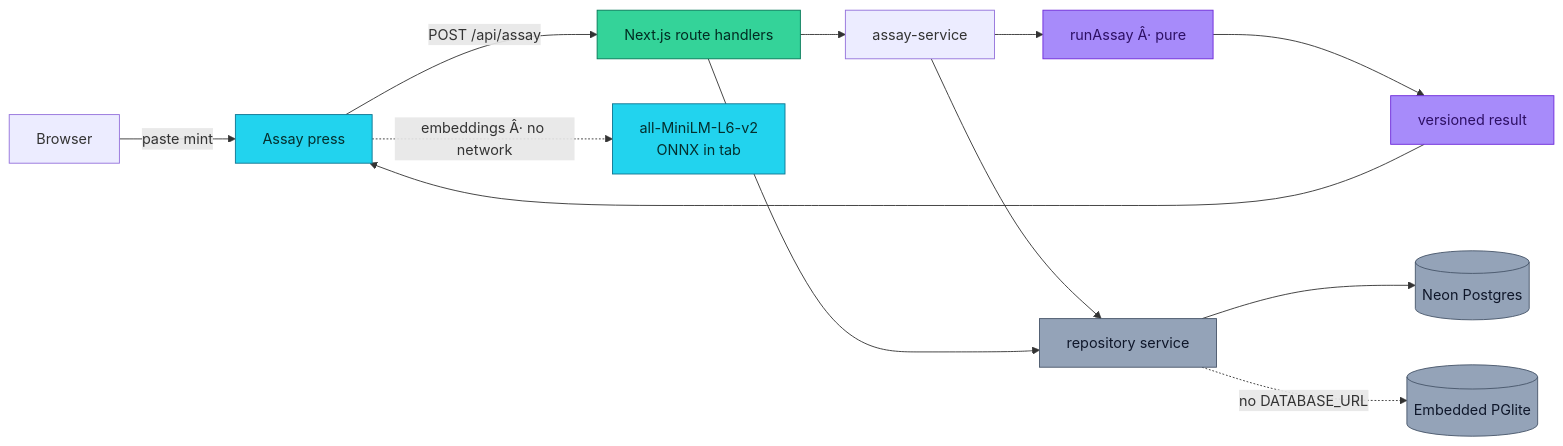
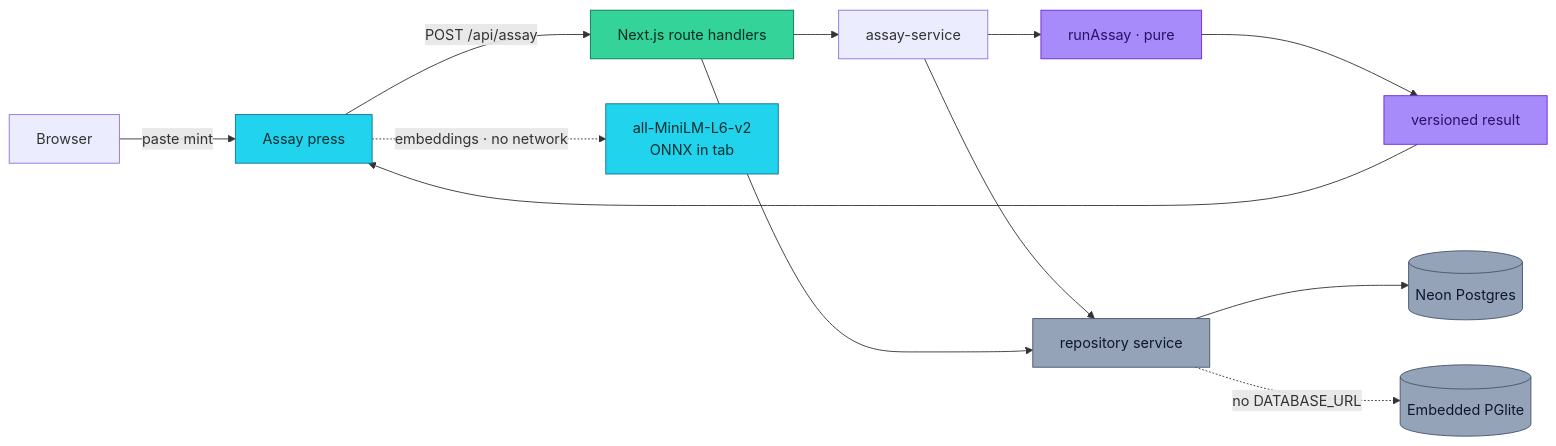
One commit to aniruddhaadak80/mintline changed the first of 8 diagrams in README.md. Above: the diagram before and after it, drawn with Mermaid. The commit also changed other lines of this file and 14 other files, not shown here.

````diff
--- a/README.md
+++ b/README.md
@@ -243,23 +247,23 @@
 ```mermaid
 graph LR
   Browser["Browser"] -->|paste mint| Press["Assay press"]
   Press -->|POST /api/assay| Route["Next.js route handlers"]
   Route --> Service["assay-service"]
-  Service --> Engine["runAssay Â· pure"]
+  Service --> Engine["runAssay · pure"]
   Service --> Repo["repository service"]
   Route --> Repo
   Repo --> Neon[("Neon Postgres")]
   Repo -.->|"no DATABASE_URL"| PGlite[("Embedded PGlite")]
-  Press -.->|"embeddings Â· no network"| Model["all-MiniLM-L6-v2<br/>ONNX in tab"]
+  Press -.->|"embeddings · no network"| Model["all-MiniLM-L6-v2<br/>ONNX in tab"]
   Engine --> Score["versioned result"]
   Score --> Press
 
   classDef live fill:#22d3ee,stroke:#0e7490,color:#042f2e
   classDef eng fill:#a78bfa,stroke:#6d28d9,color:#2e1065
   classDef store fill:#94a3b8,stroke:#475569,color:#0f172a
   classDef agent fill:#34d399,stroke:#047857,color:#022c22
   class Model,Press live
   class Engine,Score eng
   class Neon,PGlite,Repo store
   class Route agent
 ```
````
